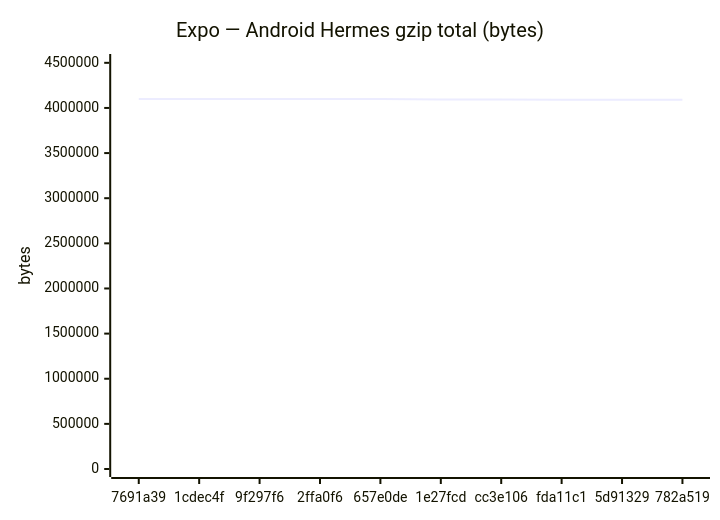
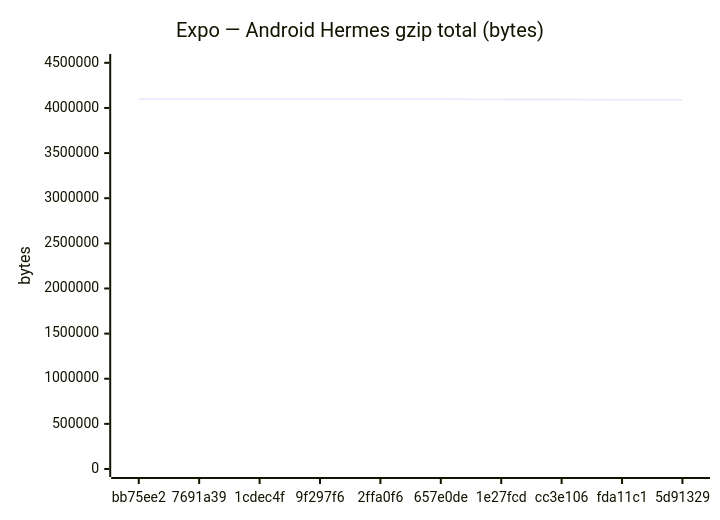
Before and after one commit to Metaheurist/Rianell: the fifth of 18 diagrams in benchmarks/compare.md, drawn with Mermaid. The commit also changed other lines of this file and 11 other files, not shown here.

````diff
--- a/benchmarks/compare.md
+++ b/benchmarks/compare.md
@@ -89,7 +89,7 @@
 ```mermaid
 xychart-beta
     title "Expo — Android Hermes gzip total (bytes)"
-    x-axis ["7691a39", "1cdec4f", "9f297f6", "2ffa0f6", "657e0de", "1e27fcd", "cc3e106", "fda11c1", "5d91329", "782a519"]
+    x-axis ["bb75ee2", "7691a39", "1cdec4f", "9f297f6", "2ffa0f6", "657e0de", "1e27fcd", "cc3e106", "fda11c1", "5d91329"]
     y-axis "bytes" 0 --> 4509037
-    line [4098083, 4099120, 4099121, 4099124, 4098083, 4094465, 4094465, 4090789, 4090787, 4090360]
+    line [4098255, 4098083, 4099120, 4099121, 4099124, 4098083, 4094465, 4094465, 4090789, 4090787]
 ```
````
